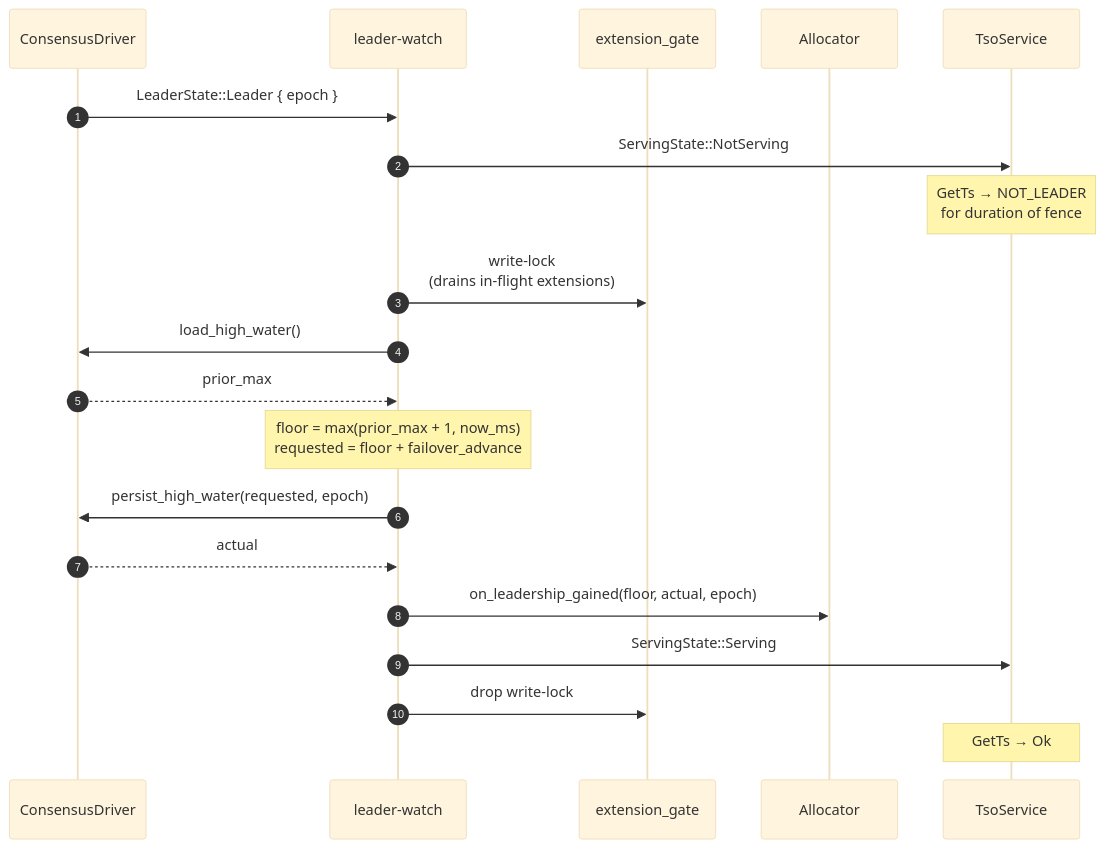
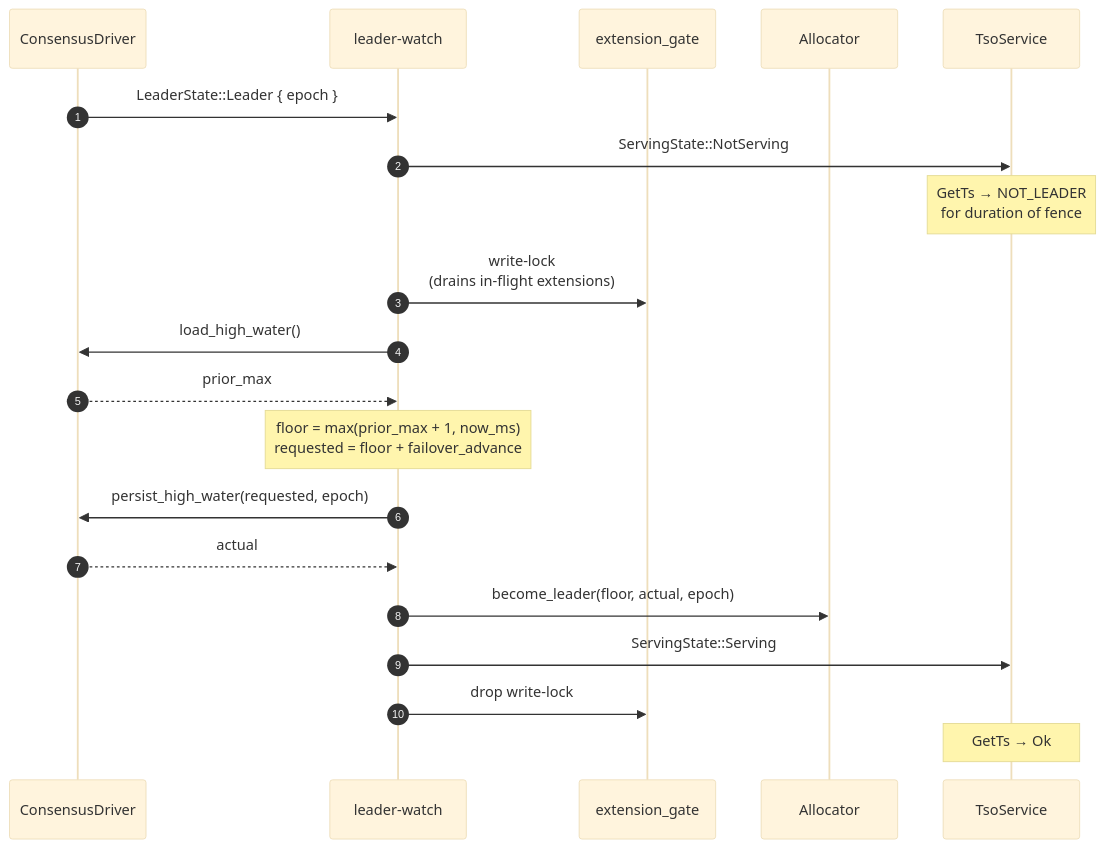
The diagram in docs/key-subsystems.md (prisma-risk/tsoracle), drawn with Mermaid (base theme) before and after one commit. The commit also changed other lines of this file and 8 other files, not shown here.

````diff
--- a/docs/key-subsystems.md
+++ b/docs/key-subsystems.md
@@ -35,23 +35,23 @@
 ```mermaid
 sequenceDiagram
     autonumber
     participant Driver as ConsensusDriver
     participant LW as leader-watch
     participant Gate as extension_gate
     participant Alloc as Allocator
     participant Svc as TsoService
 
     Driver->>LW: LeaderState::Leader { epoch }
     LW->>Svc: ServingState::NotServing
     Note over Svc: GetTs → NOT_LEADER<br/>for duration of fence
     LW->>Gate: write-lock<br/>(drains in-flight extensions)
     LW->>Driver: load_high_water()
     Driver-->>LW: prior_max
     Note over LW: floor = max(prior_max + 1, now_ms)<br/>requested = floor + failover_advance
     LW->>Driver: persist_high_water(requested, epoch)
     Driver-->>LW: actual
-    LW->>Alloc: on_leadership_gained(floor, actual, epoch)
+    LW->>Alloc: become_leader(floor, actual, epoch)
     LW->>Svc: ServingState::Serving
     LW->>Gate: drop write-lock
     Note over Svc: GetTs → Ok
 ```
````
